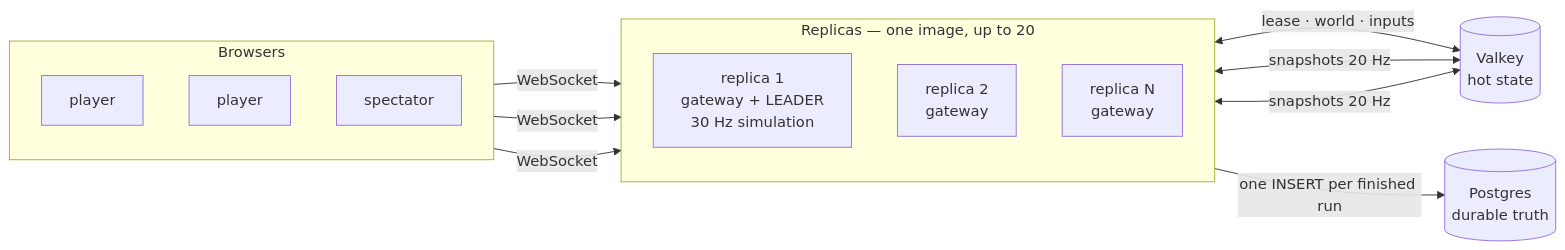
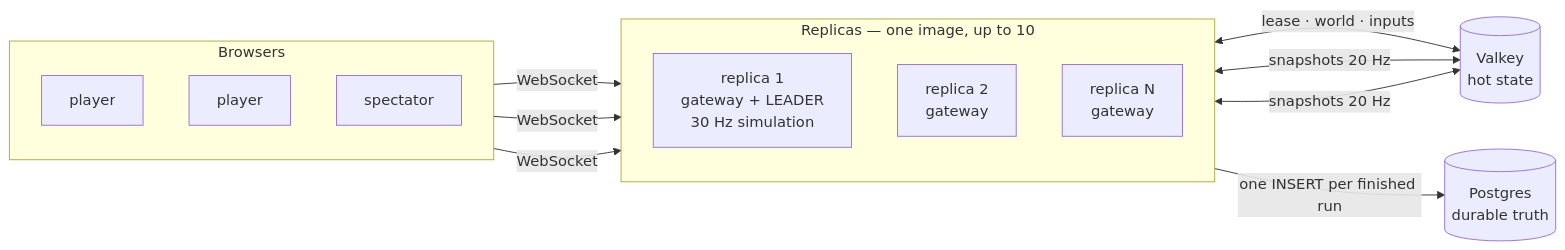
The first of 2 diagrams in README.md (cloudproud/brainpod.astroid), drawn with Mermaid before and after one commit. The commit also changed other lines of this file and 2 other files, not shown here.

Commit message:
Record what the first Brainpod deploy had to derive
Three things cost real time on the first run. The env interpolation
question cost an extra deploy to settle, because the skill's reference
says `${...}` never resolves and this file says it does. The instance
size replica gate cost a probe loop, since the App schema advertises
replicas as 1..10 with no hint that .5x refuses more than one. And an
empty ALL-TIME board read as a broken database until the `not is_bot`
filter turned up.

Also correct the replica ceiling in the README: the schema caps at 10.

Ignore what installing the skill drops in the tree. The README has you
install it yourself, so vendoring it here would undercut that.

````diff
--- a/README.md
+++ b/README.md
@@ -40,29 +40,29 @@
 ```mermaid
 flowchart LR
     subgraph browsers["Browsers"]
         direction TB
         P1["player"]
         P2["player"]
         S1["spectator"]
     end
 
-    subgraph replicas["Replicas — one image, up to 20"]
+    subgraph replicas["Replicas — one image, up to 10"]
         direction TB
         R1["replica 1<br/>gateway + LEADER<br/>30 Hz simulation"]
         R2["replica 2<br/>gateway"]
         RN["replica N<br/>gateway"]
     end
 
     V[("Valkey<br/>hot state")]
     PG[("Postgres<br/>durable truth")]
 
     P1 -->|WebSocket| R1
     P2 -->|WebSocket| R2
     S1 -->|WebSocket| RN
 
     R1 <-->|"lease · world · inputs"| V
     R2 <-->|"snapshots 20 Hz"| V
     RN <-->|"snapshots 20 Hz"| V
 
     R1 -->|"one INSERT per finished run"| PG
 ```
````
